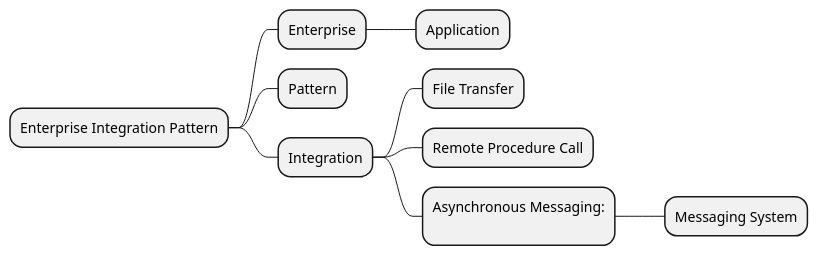
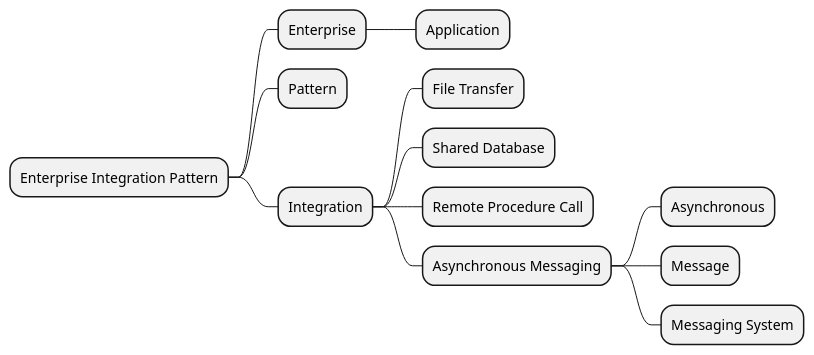
One commit to yanghoon/obsidian-workspace changed the diagram in _diary/2024-07-21.md. Above: the diagram before and after it, drawn with PlantUML.

Commit message:
vault backup: 2024-07-21 20:09:21

````diff
--- a/_diary/2024-07-21.md
+++ b/_diary/2024-07-21.md
@@ -1,18 +1,19 @@
 ```plantuml
 @startmindmap
 + Enterprise Integration Pattern
 
 ++ Enterprise
 +++ Application
 
 ++ Pattern
 
 ++ Integration
 +++ File Transfer
-
++++ Shared Database
 +++ Remote Procedure Call
-***:Asynchronous Messaging:
-;
+*** Asynchronous Messaging
+**** Asynchronous
+**** Message
 **** Messaging System
 @endmindmap
 ```
````
